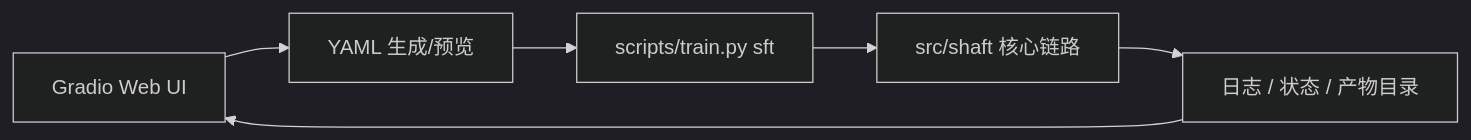
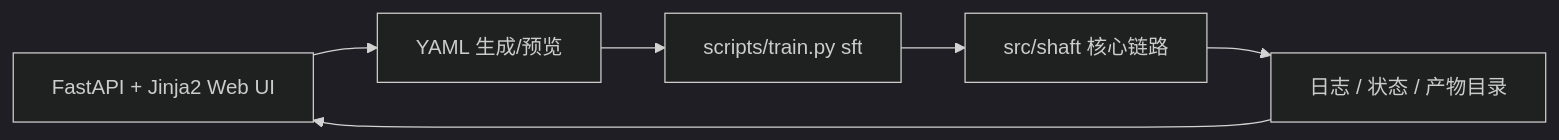
The fourth of 4 diagrams in docs/architecture.md (BITnene465/shaft), drawn with Mermaid (dark theme) before and after one commit. The commit also changed other lines of this file and 24 other files, not shown here.

Commit message:
迁移 Web UI 到 FastAPI 并完善训练控制台

````diff
--- a/docs/architecture.md
+++ b/docs/architecture.md
@@ -279,8 +279,8 @@
 ```mermaid
 flowchart LR
-    WebUI["Gradio Web UI"] --> YAML["YAML 生成/预览"]
+    WebUI["FastAPI + Jinja2 Web UI"] --> YAML["YAML 生成/预览"]
     YAML --> CLI["scripts/train.py sft"]
     CLI --> Core["src/shaft 核心链路"]
     Core --> Logs["日志 / 状态 / 产物目录"]
     Logs --> WebUI
 ```
````
